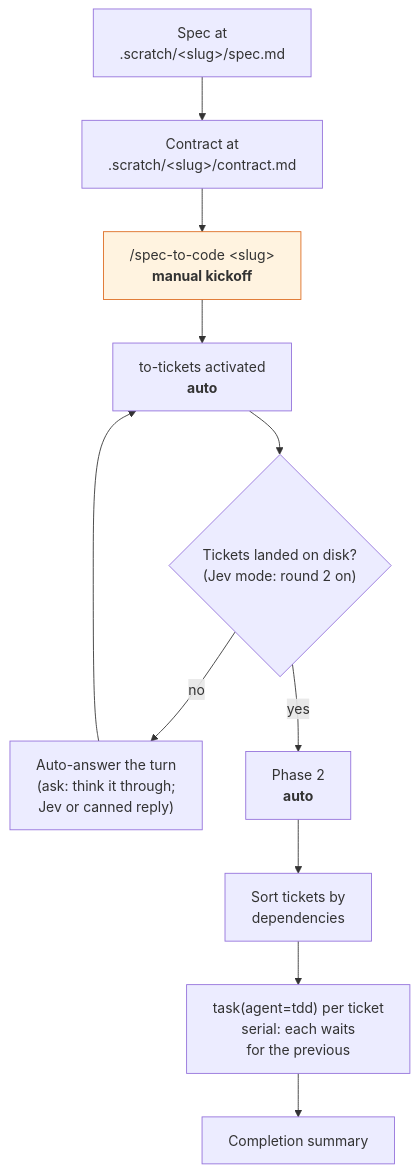
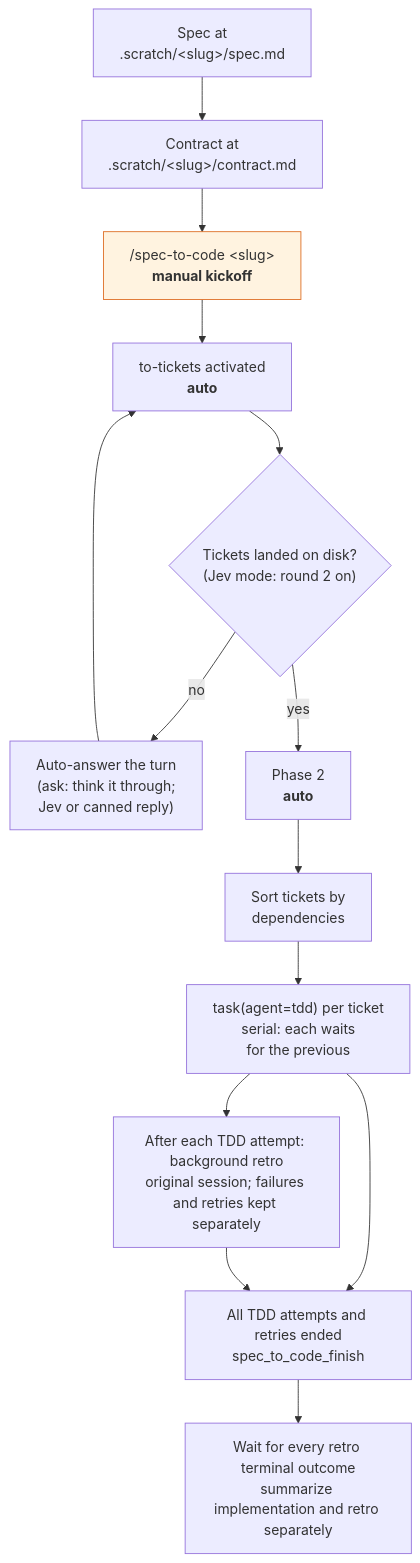
Before and after one commit to hugosol/oh-my-wayfinder: the second of 2 diagrams in README.md, drawn with Mermaid. The commit also changed other lines of this file and 9 other files, not shown here.

````diff
--- a/README.md
+++ b/README.md
@@ -122,14 +122,17 @@
 ```mermaid
 flowchart TD
     P["Spec at<br/>.scratch/&lt;slug&gt;/spec.md"] --> CT["Contract at<br/>.scratch/&lt;slug&gt;/contract.md"]
     CT --> C["/spec-to-code &lt;slug&gt;<br/><b>manual kickoff</b>"]
     C --> A["to-tickets activated<br/><b>auto</b>"]
     A --> Q{"Tickets landed on disk?<br/>(Jev mode: round 2 on)"}
     Q -->|"no"| QA["Auto-answer the turn<br/>(ask: think it through;<br/>Jev or canned reply)"] --> A
     Q -->|"yes"| P2["Phase 2<br/><b>auto</b>"]
     P2 --> ORD["Sort tickets by<br/>dependencies"]
     ORD --> TD["task(agent=tdd) per ticket<br/>serial: each waits<br/>for the previous"]
-    TD --> DONE["Completion summary"]
+    TD --> RT["After each TDD attempt: background retro<br/>original session; failures and retries kept separately"]
+    TD --> FIN["All TDD attempts and retries ended<br/>spec_to_code_finish"]
+    RT --> FIN
+    FIN --> DONE["Wait for every retro terminal outcome<br/>summarize implementation and retro separately"]
 
     style C fill:#fff3e0,stroke:#dd6b20
 ```
````
